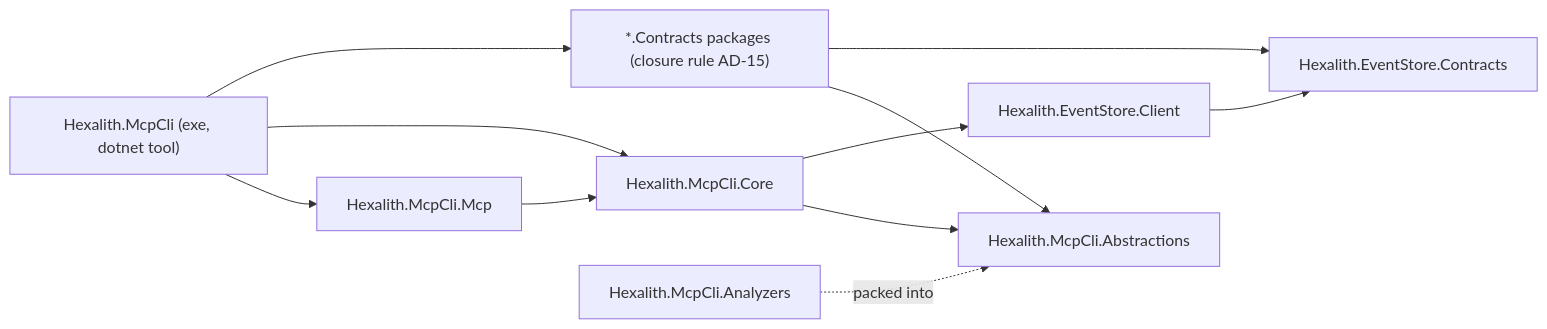
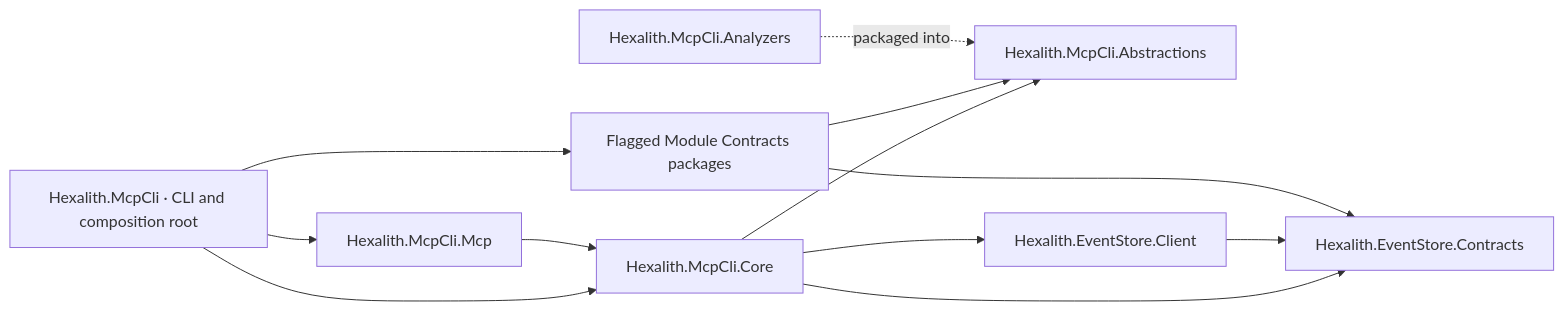
One commit to Hexalith/Hexalith.McpCli changed the first of 3 diagrams in _bmad-output/planning-artifacts/architecture/architecture-mcpcli-2026-09-22/ARCHITECTURE-SPINE.md. Above: the diagram before and after it, drawn with Mermaid. The commit also changed other lines of this file and 4 other files, not shown here.

Commit message:
docs: update the McpCli architecture spine and reviews

````diff
--- a/_bmad-output/planning-artifacts/architecture/architecture-mcpcli-2026-09-22/ARCHITECTURE-SPINE.md
+++ b/_bmad-output/planning-artifacts/architecture/architecture-mcpcli-2026-09-22/ARCHITECTURE-SPINE.md
@@ -61,13 +74,14 @@
 ```mermaid
 graph LR
-  Tool["Hexalith.McpCli (exe, dotnet tool)"] --> Mcp["Hexalith.McpCli.Mcp"]
+  Tool["Hexalith.McpCli · CLI and composition root"] --> Mcp["Hexalith.McpCli.Mcp"]
   Tool --> Core["Hexalith.McpCli.Core"]
-  Tool --> Contracts["*.Contracts packages (closure rule AD-15)"]
+  Tool --> Modules["Flagged Module Contracts packages"]
   Mcp --> Core
   Core --> Abs["Hexalith.McpCli.Abstractions"]
-  Core --> ESClient["Hexalith.EventStore.Client"]
-  Contracts --> Abs
-  Contracts --> ESContracts["Hexalith.EventStore.Contracts"]
-  ESClient --> ESContracts
-  Analyzers["Hexalith.McpCli.Analyzers"] -. packed into .-> Abs
+  Core --> Client["Hexalith.EventStore.Client"]
+  Core --> Envelopes["Hexalith.EventStore.Contracts"]
+  Client --> Envelopes
+  Modules --> Abs
+  Modules --> Envelopes
+  Analyzers["Hexalith.McpCli.Analyzers"] -. packaged into .-> Abs
 ```
````
